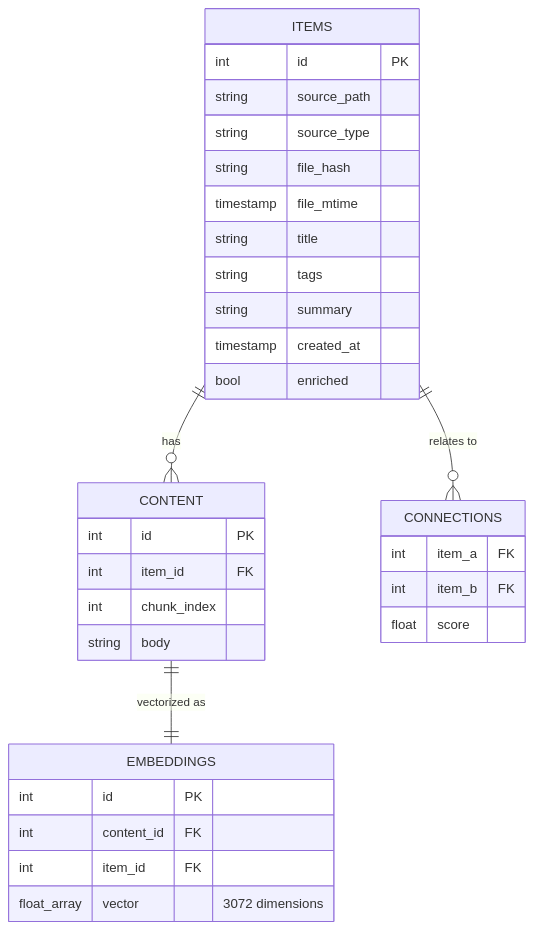
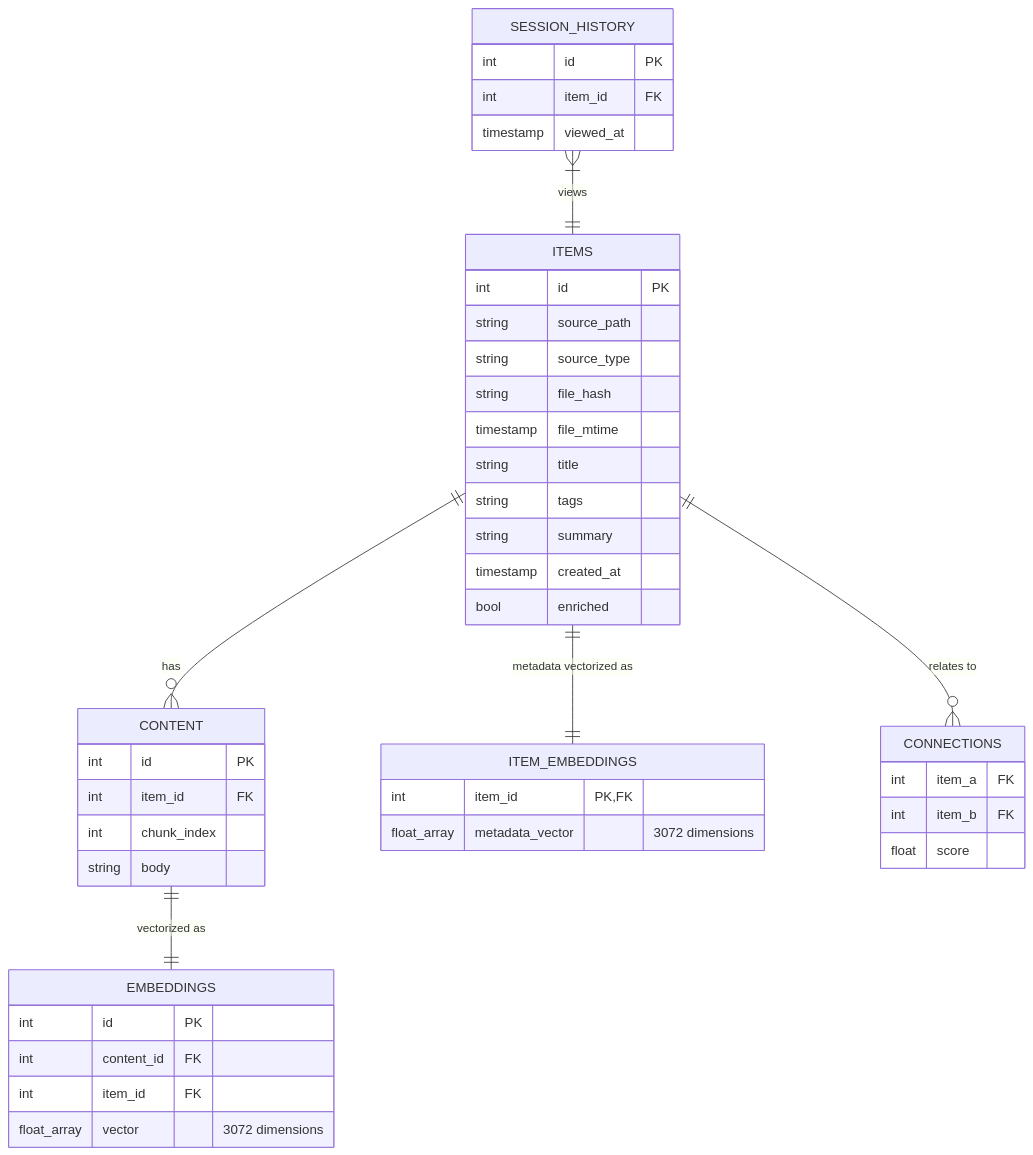
One commit to dvdudc/hackudc changed the diagram in docs/technical_documentation.md. Above: the diagram before and after it, drawn with Mermaid. The commit also changed other lines of this file, not shown here.

Commit message:
docs: update technical documentation to v0.3 search architecture

````diff
--- a/docs/technical_documentation.md
+++ b/docs/technical_documentation.md
@@ -55,39 +56,52 @@
 ```mermaid
 erDiagram
     ITEMS ||--o{ CONTENT : "has"
     CONTENT ||--|| EMBEDDINGS : "vectorized as"
+    ITEMS ||--|| ITEM_EMBEDDINGS : "metadata vectorized as"
     ITEMS ||--o{ CONNECTIONS : "relates to"
+    SESSION_HISTORY }|--|| ITEMS : "views"
 
     ITEMS {
         int id PK
         string source_path
         string source_type
         string file_hash
         timestamp file_mtime
         string title
         string tags
         string summary
         timestamp created_at
         bool enriched
     }
 
     CONTENT {
         int id PK
         int item_id FK
         int chunk_index
         string body
     }
 
     EMBEDDINGS {
         int id PK
         int content_id FK
         int item_id FK
         float_array vector "3072 dimensions"
     }
+    
+    ITEM_EMBEDDINGS {
+        int item_id PK, FK
+        float_array metadata_vector "3072 dimensions"
+    }
 
     CONNECTIONS {
         int item_a FK
         int item_b FK
         float score
     }
+    
+    SESSION_HISTORY {
+        int id PK
+        int item_id FK
+        timestamp viewed_at
+    }
 ```
````
